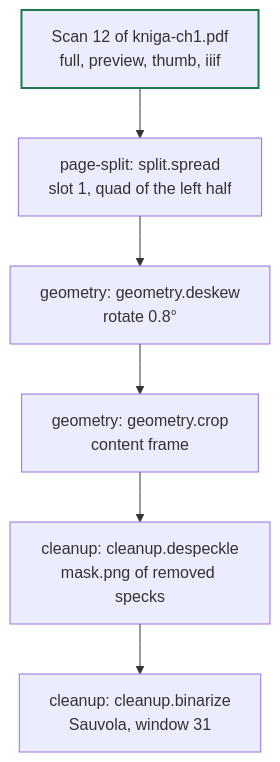
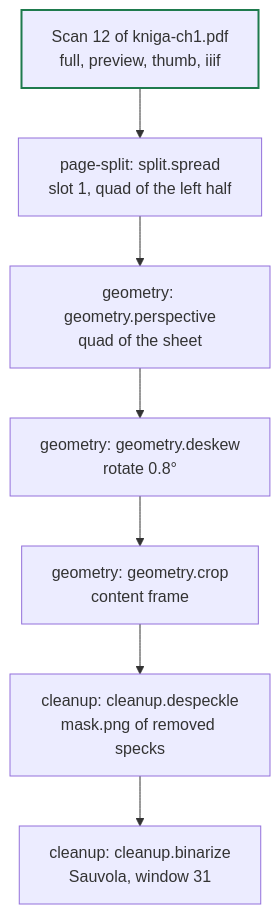
Before and after one commit to akhmialeuski/BookReviver: the fourth of 8 diagrams in docs/architecture.md, drawn with Mermaid. The commit also changed other lines of this file and 64 other files, not shown here.

First line of the commit message:
feat(geometry): find the sheet and the content frame of a page by itself

````diff
--- a/docs/architecture.md
+++ b/docs/architecture.md
@@ -490,9 +490,10 @@
 ```mermaid
 flowchart TD
     C["Scan 12 of kniga-ch1.pdf<br/>full, preview, thumb, iiif"] --> A["page-split: split.spread<br/>slot 1, quad of the left half"]
-    A --> B["geometry: geometry.deskew<br/>rotate 0.8°"]
+    A --> P["geometry: geometry.perspective<br/>quad of the sheet"]
+    P --> B["geometry: geometry.deskew<br/>rotate 0.8°"]
     B --> D["geometry: geometry.crop<br/>content frame"]
     D --> E["cleanup: cleanup.despeckle<br/>mask.png of removed specks"]
     E --> F["cleanup: cleanup.binarize<br/>Sauvola, window 31"]
     style C stroke:#1e7a4d,stroke-width:2px
 ```
````
